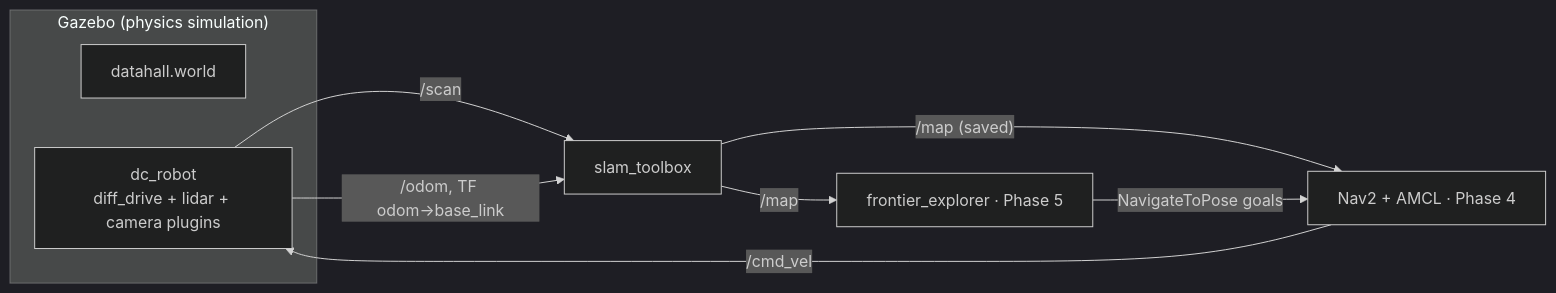
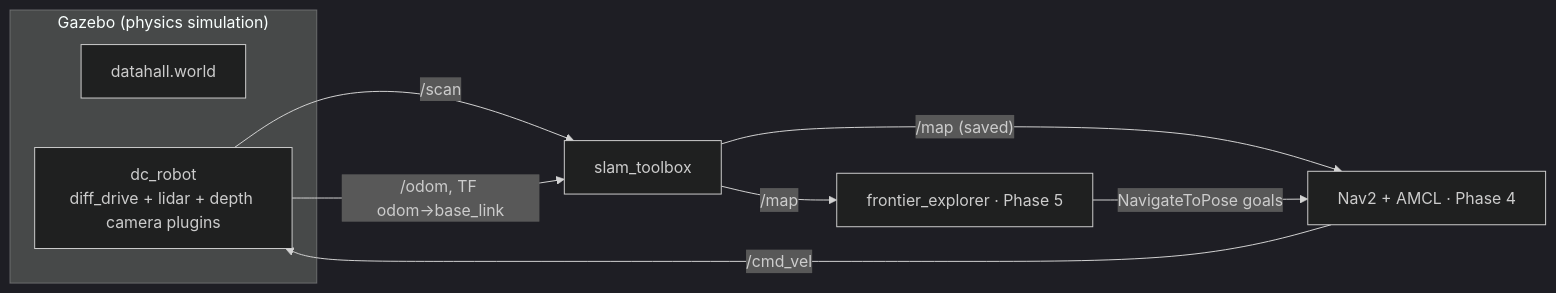
Before and after one commit to d0stMalone/datacenter-slam-nav2: the diagram in docs/README.md, drawn with Mermaid (dark theme). The commit also changed other lines of this file and 11 other files, not shown here.

First line of the commit message:
Depth camera + voxel costmap: handle unmapped carts, ladders and people

````diff
--- a/docs/README.md
+++ b/docs/README.md
@@ -17,13 +18,13 @@
 ```mermaid
 flowchart LR
     subgraph Gazebo["Gazebo (physics simulation)"]
         W[datahall.world]
-        R[dc_robot<br/>diff_drive + lidar + camera plugins]
+        R[dc_robot<br/>diff_drive + lidar + depth camera plugins]
     end
     R -- /scan --> SLAM[slam_toolbox]
     R -- "/odom, TF odom→base_link" --> SLAM
     SLAM -- "/map (saved)" --> NAV[Nav2 + AMCL · Phase 4]
     NAV -- /cmd_vel --> R
     EXP[frontier_explorer · Phase 5] -- NavigateToPose goals --> NAV
     SLAM -- /map --> EXP
 ```
````
